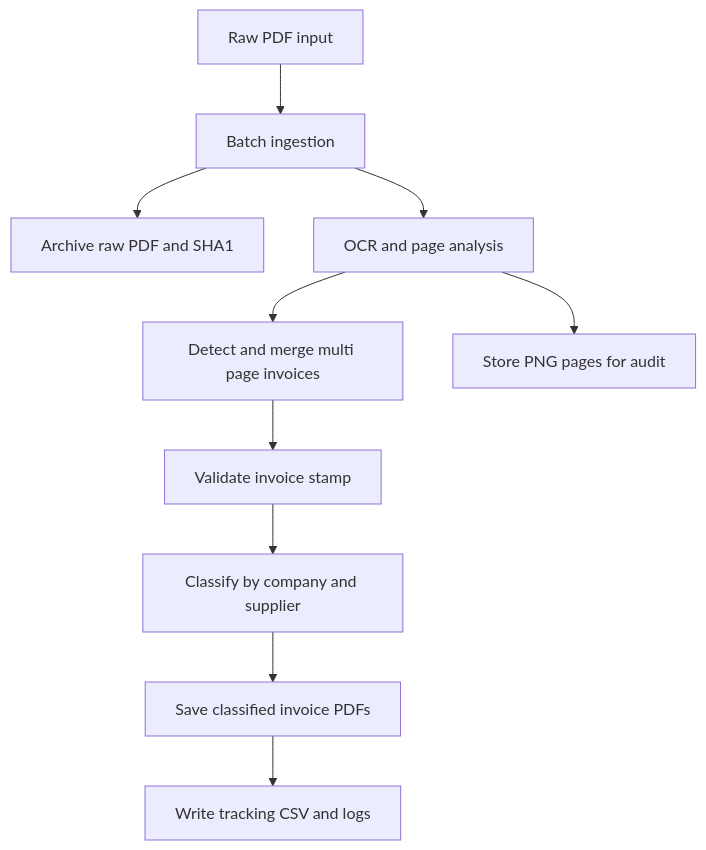
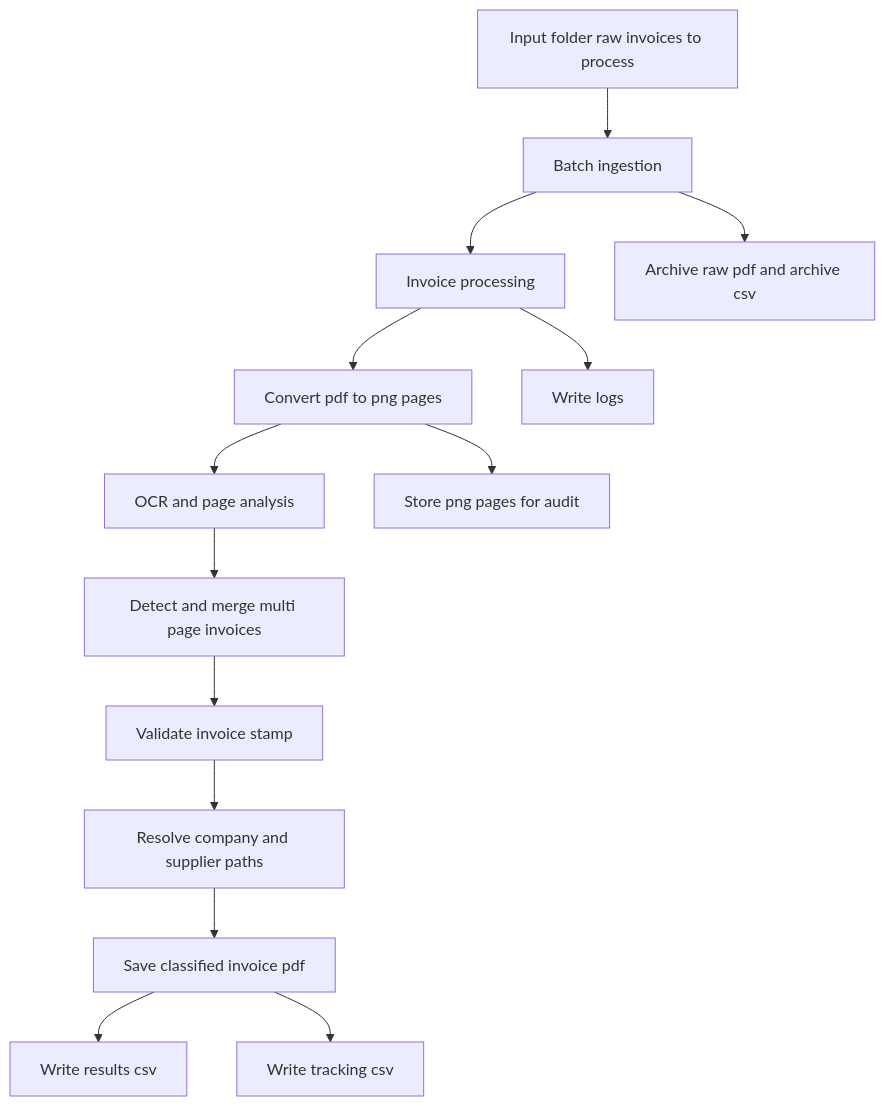
The diagram in README.md (hf2503/invoice-ocr-classifier), drawn with Mermaid before and after one commit. The commit also changed other lines of this file, not shown here.

Commit message:
Update README.md
maj diagrammes

````diff
--- a/README.md
+++ b/README.md
@@ -90,13 +90,28 @@
 ```mermaid
 flowchart TD
-    A[Raw PDF input] --> B[Batch ingestion]
-    B --> C[Archive raw PDF and SHA1]
-    B --> D[OCR and page analysis]
-    D --> E[Detect and merge multi page invoices]
-    E --> F[Validate invoice stamp]
-    F --> G[Classify by company and supplier]
-    G --> H[Save classified invoice PDFs]
-    H --> I[Write tracking CSV and logs]
-    D --> J[Store PNG pages for audit]
+
+    A[Input folder raw invoices to process]
+    B[Batch ingestion]
+    C[Invoice processing]
+    D[Convert pdf to png pages]
+    E[OCR and page analysis]
+    F[Detect and merge multi page invoices]
+    G[Validate invoice stamp]
+    H[Resolve company and supplier paths]
+    I[Save classified invoice pdf]
+
+    AR[Archive raw pdf and archive csv]
+    LG[Write logs]
+    PG[Store png pages for audit]
+    RS[Write results csv]
+    TR[Write tracking csv]
+
+    A --> B --> C --> D --> E --> F --> G --> H --> I
+
+    B --> AR
+    C --> LG
+    D --> PG
+    I --> RS
+    I --> TR
 
 ```
````
